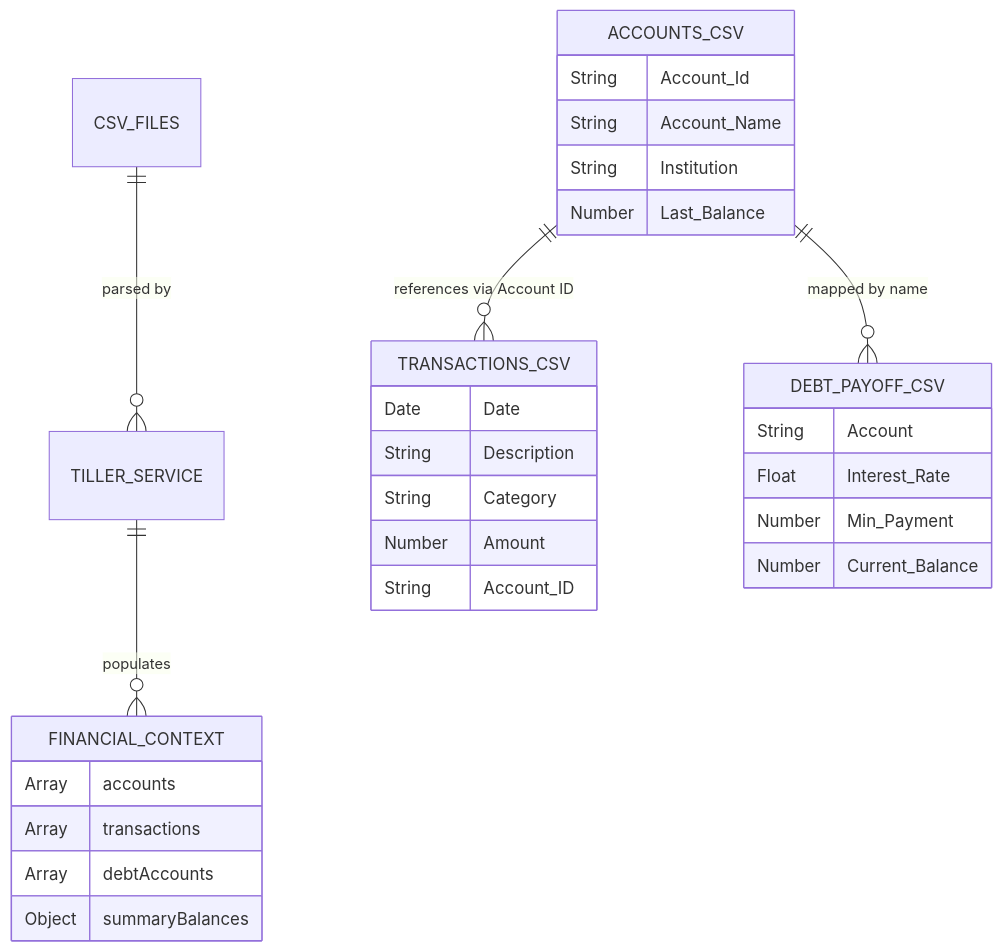
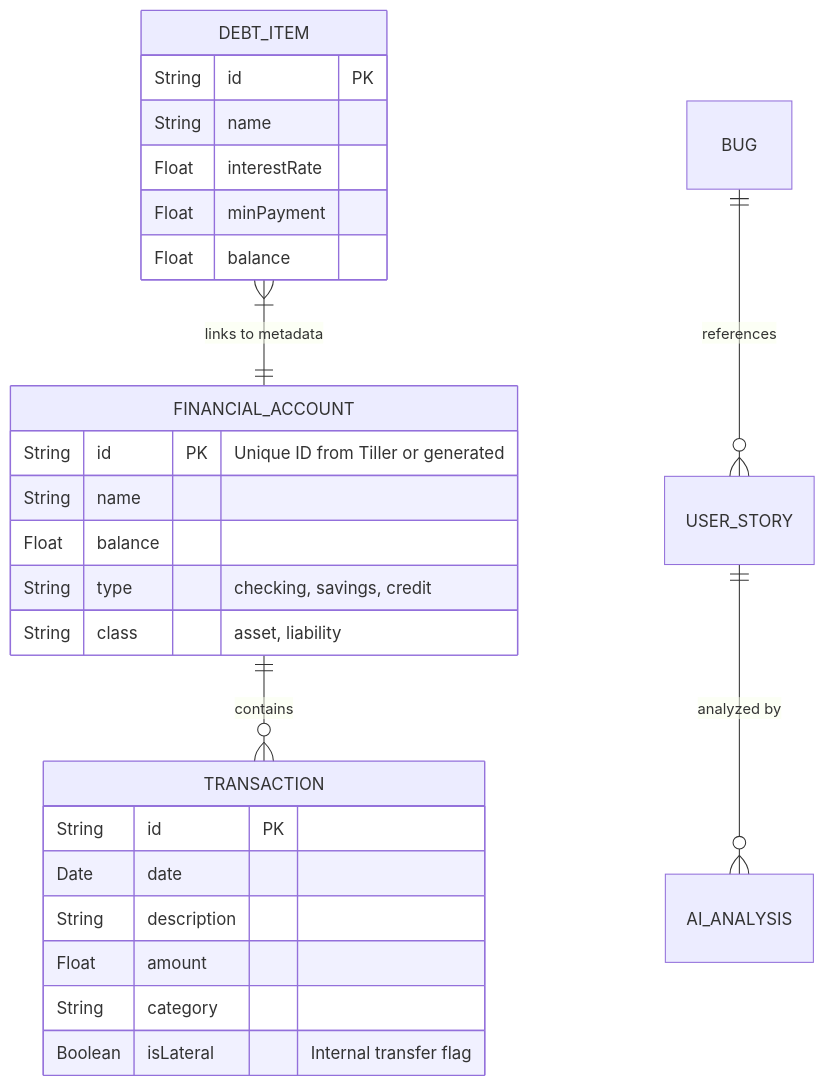
The first of 3 diagrams in Life_OS_UI/docs/ARCHITECTURE.md (NOLAWolfe/life_os), drawn with Mermaid before and after one commit. The commit also changed other lines of this file and 27 other files, not shown here.

````diff
--- a/Life_OS_UI/docs/ARCHITECTURE.md
+++ b/Life_OS_UI/docs/ARCHITECTURE.md
@@ -9,37 +9,32 @@
 ```mermaid
 erDiagram
-    CSV_FILES ||--o{ TILLER_SERVICE : "parsed by"
-    TILLER_SERVICE ||--o{ FINANCIAL_CONTEXT : "populates"
+    FINANCIAL_ACCOUNT ||--o{ TRANSACTION : "contains"
+    DEBT_ITEM }|--|| FINANCIAL_ACCOUNT : "links to metadata"
+    USER_STORY ||--o{ AI_ANALYSIS : "analyzed by"
+    BUG ||--o{ USER_STORY : "references"
 
-    FINANCIAL_CONTEXT {
-        Array accounts
-        Array transactions
-        Array debtAccounts
-        Object summaryBalances
+    FINANCIAL_ACCOUNT {
+        String id PK "Unique ID from Tiller or generated"
+        String name
+        Float balance
+        String type "checking, savings, credit"
+        String class "asset, liability"
     }
 
-    ACCOUNTS_CSV {
-        String Account_Id
-        String Account_Name
-        String Institution
-        Number Last_Balance
+    TRANSACTION {
+        String id PK
+        Date date
+        String description
+        Float amount
+        String category
+        Boolean isLateral "Internal transfer flag"
     }
 
-    TRANSACTIONS_CSV {
-        Date Date
-        String Description
-        String Category
-        Number Amount
-        String Account_ID
+    DEBT_ITEM {
+        String id PK
+        String name
+        Float interestRate
+        Float minPayment
+        Float balance
     }
-
-    DEBT_PAYOFF_CSV {
-        String Account
-        Float Interest_Rate
-        Number Min_Payment
-        Number Current_Balance
-    }
-
-    ACCOUNTS_CSV ||--o{ TRANSACTIONS_CSV : "references via Account ID"
-    ACCOUNTS_CSV ||--o{ DEBT_PAYOFF_CSV : "mapped by name"
 ```
````
